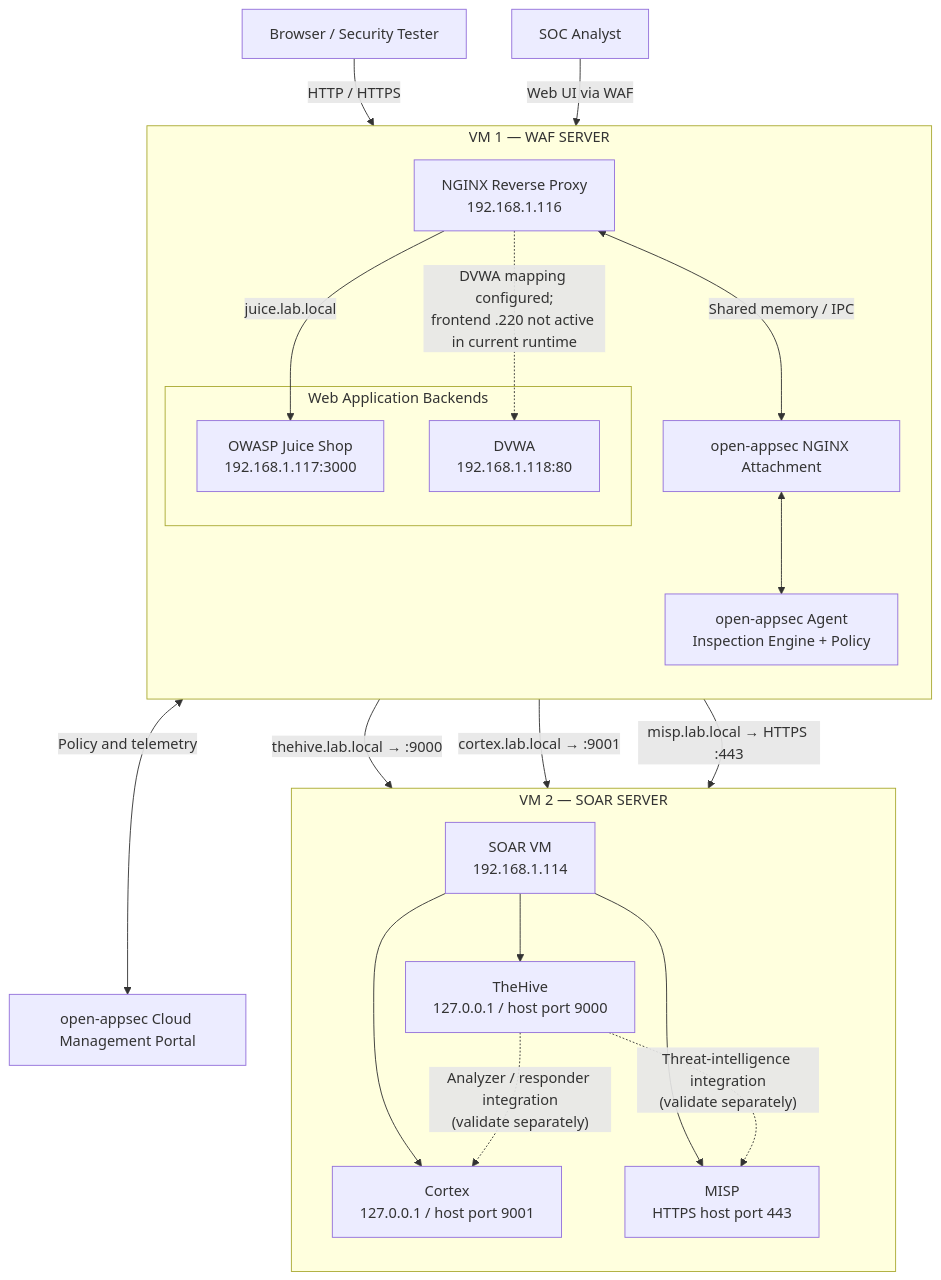
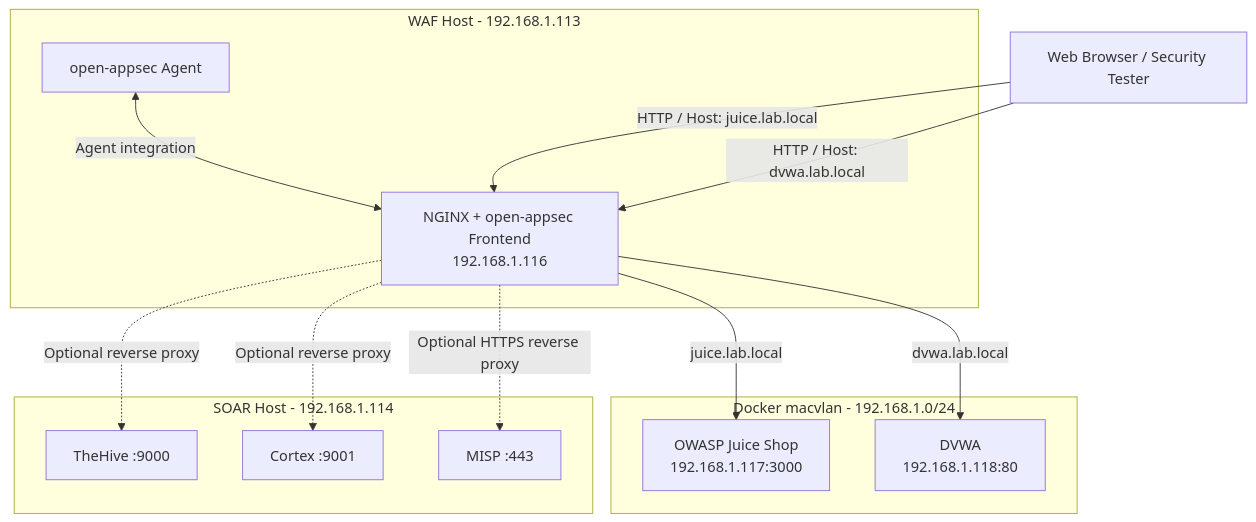
One commit to Pamidipallikiran/open-appsec-waf-security-lab changed the diagram in architecture/architecture.md. Above: the diagram before and after it, drawn with Mermaid. The commit also changed other lines of this file and 8 other files, not shown here.

Commit message:
Document verified open-appsec WAF lab deployment

````diff
--- a/architecture/architecture.md
+++ b/architecture/architecture.md
@@ -22,43 +16,29 @@
 ```mermaid
 flowchart TB
-    CLIENT["Browser / Security Tester"]
-    ANALYST["SOC Analyst"]
-    PORTAL["open-appsec Cloud Management Portal"]
+    Client["Web Browser / Security Tester"]
 
-    subgraph VM1["VM 1 — WAF SERVER"]
-        direction TB
-        FRONT["NGINX Reverse Proxy<br/>192.168.1.116"]
-        ATTACH["open-appsec NGINX Attachment"]
-        AGENT["open-appsec Agent<br/>Inspection Engine + Policy"]
-        FRONT <--> |"Shared memory / IPC"| ATTACH
-        ATTACH <--> AGENT
-
-        subgraph WEBAPPS["Web Application Backends"]
-            JUICE["OWASP Juice Shop<br/>192.168.1.117:3000"]
-            DVWA["DVWA<br/>192.168.1.118:80"]
-        end
-
-        FRONT -->|"juice.lab.local"| JUICE
-        FRONT -.->|"DVWA mapping configured;<br/>frontend .220 not active in current runtime"| DVWA
+    subgraph WAFVM["WAF Host - 192.168.1.113"]
+        Agent["open-appsec Agent"]
+        Frontend["NGINX + open-appsec Frontend<br/>192.168.1.116"]
+        Agent <-->|"Agent integration"| Frontend
     end
 
-    subgraph VM2["VM 2 — SOAR SERVER"]
-        direction TB
-        SOARHOST["SOAR VM<br/>192.168.1.114"]
-        THEHIVE["TheHive<br/>127.0.0.1 / host port 9000"]
-        CORTEX["Cortex<br/>127.0.0.1 / host port 9001"]
-        MISP["MISP<br/>HTTPS host port 443"]
-        SOARHOST --> THEHIVE
-        SOARHOST --> CORTEX
-        SOARHOST --> MISP
+    subgraph MACVLAN["Docker macvlan - 192.168.1.0/24"]
+        Juice["OWASP Juice Shop<br/>192.168.1.117:3000"]
+        DVWA["DVWA<br/>192.168.1.118:80"]
     end
 
-    CLIENT -->|"HTTP / HTTPS"| FRONT
-    ANALYST -->|"Web UI via WAF"| FRONT
-    FRONT -->|"thehive.lab.local → :9000"| THEHIVE
-    FRONT -->|"cortex.lab.local → :9001"| CORTEX
-    FRONT -->|"misp.lab.local → HTTPS :443"| MISP
-    AGENT <-->|"Policy and telemetry"| PORTAL
-    THEHIVE -.->|"Analyzer / responder integration<br/>(validate separately)"| CORTEX
-    THEHIVE -.->|"Threat-intelligence integration<br/>(validate separately)"| MISP
+    subgraph SOAR["SOAR Host - 192.168.1.114"]
+        TheHive["TheHive :9000"]
+        Cortex["Cortex :9001"]
+        MISP["MISP :443"]
+    end
+
+    Client -->|"HTTP / Host: juice.lab.local"| Frontend
+    Client -->|"HTTP / Host: dvwa.lab.local"| Frontend
+    Frontend -->|"juice.lab.local"| Juice
+    Frontend -->|"dvwa.lab.local"| DVWA
+    Frontend -.->|"Optional reverse proxy"| TheHive
+    Frontend -.->|"Optional reverse proxy"| Cortex
+    Frontend -.->|"Optional HTTPS reverse proxy"| MISP
 ```
````
